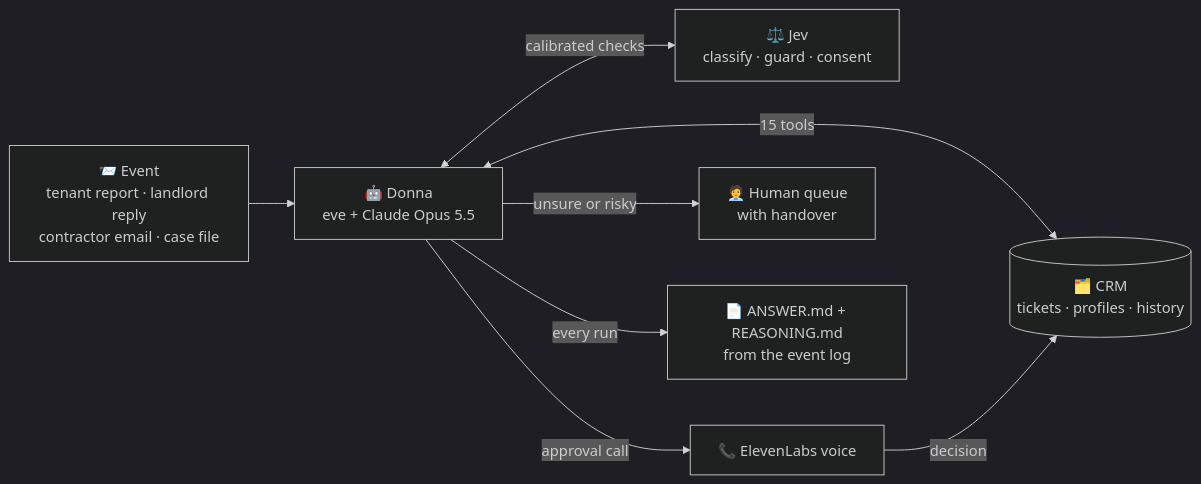
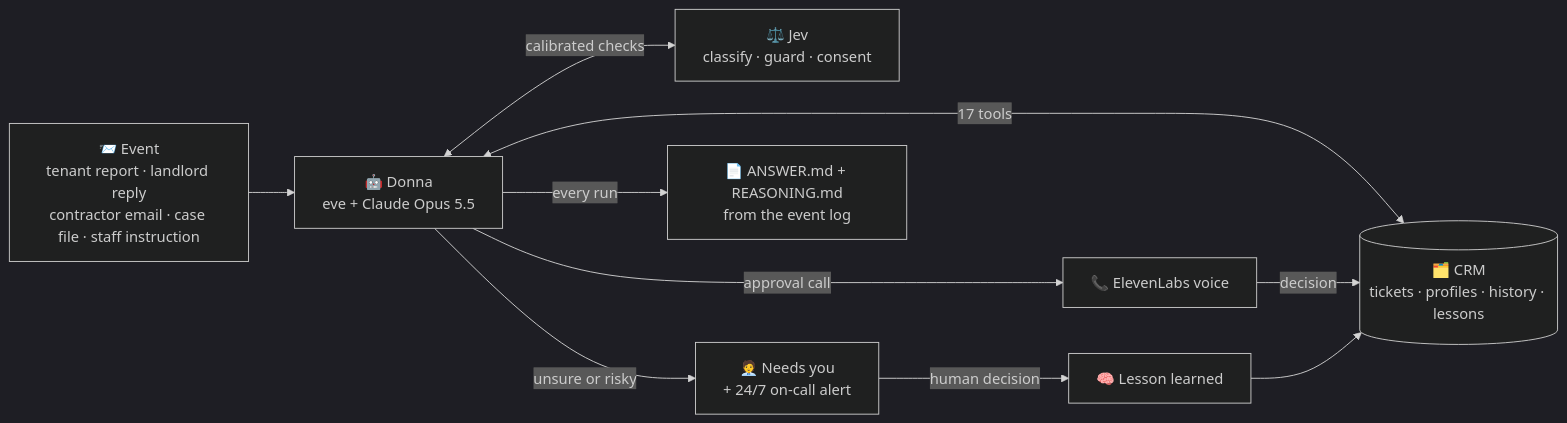
Before and after one commit to esh1306/askDonna: the first of 2 diagrams in README.md, drawn with Mermaid (dark theme). The commit also changed other lines of this file, not shown here.

Commit message:
README: complete, up-to-date overview (AI-native CRM, learning loop, safety rails, always-on, results, screenshots)

````diff
--- a/README.md
+++ b/README.md
@@ -44,10 +62,12 @@
 ```mermaid
 flowchart LR
-    IN["📨 Event<br/>tenant report · landlord reply<br/>contractor email · case file"] --> D
-    D["🤖 Donna<br/>eve + Claude Opus 5.5"] <-->|15 tools| CRM[("🗂️ CRM<br/>tickets · profiles · history")]
+    IN["📨 Event<br/>tenant report · landlord reply<br/>contractor email · case file · staff instruction"] --> D
+    D["🤖 Donna<br/>eve + Claude Opus 5.5"] <-->|17 tools| CRM[("🗂️ CRM<br/>tickets · profiles · history · lessons")]
     D <-->|calibrated checks| J["⚖️ Jev<br/>classify · guard · consent"]
     D -->|approval call| V["📞 ElevenLabs voice"]
     V -->|decision| CRM
-    D -->|unsure or risky| H["🧑‍💼 Human queue<br/>with handover"]
+    D -->|unsure or risky| H["🧑‍💼 Needs you<br/>+ 24/7 on-call alert"]
+    H -->|human decision| L["🧠 Lesson learned"]
+    L --> CRM
     D -->|every run| A["📄 ANSWER.md + REASONING.md<br/>from the event log"]
 ```
````
